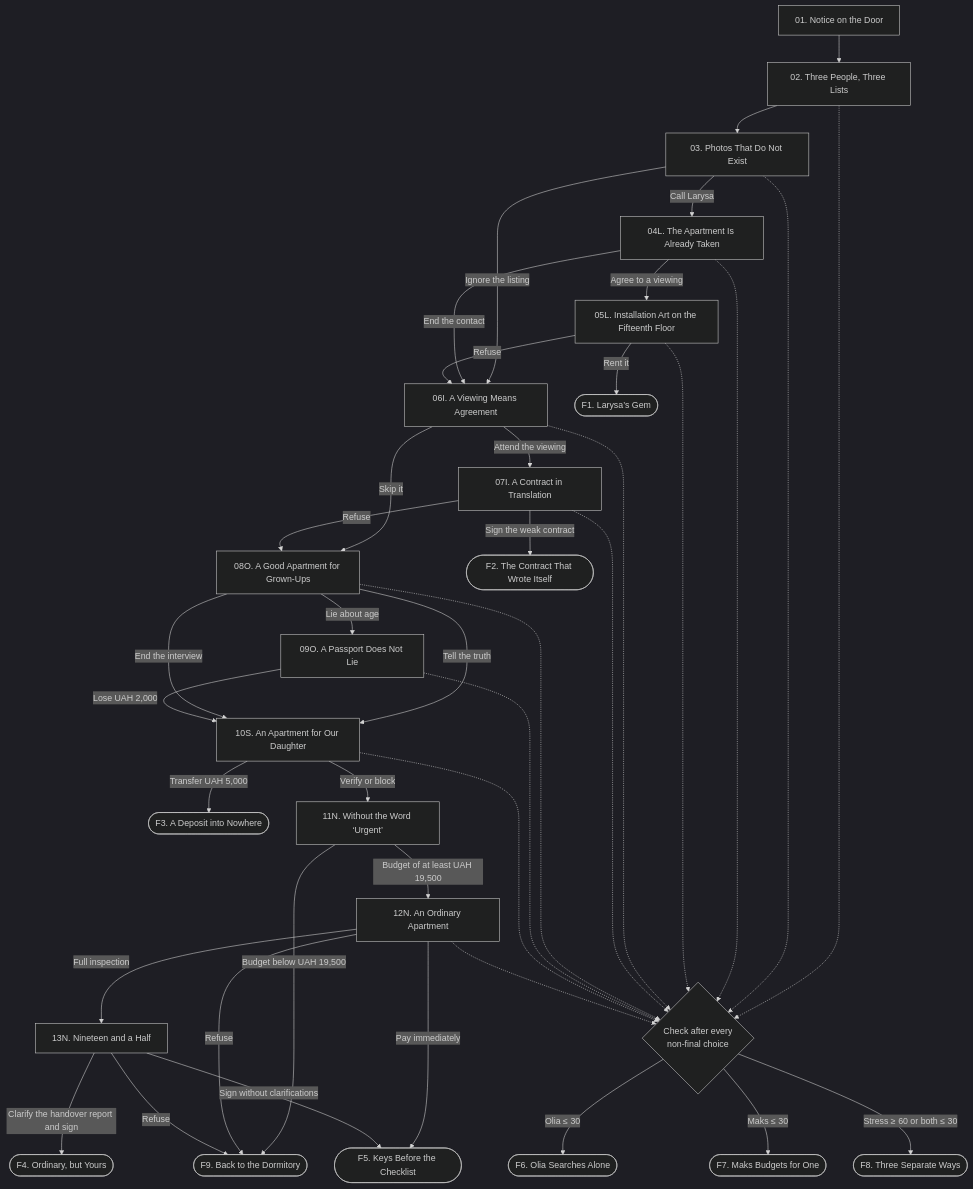
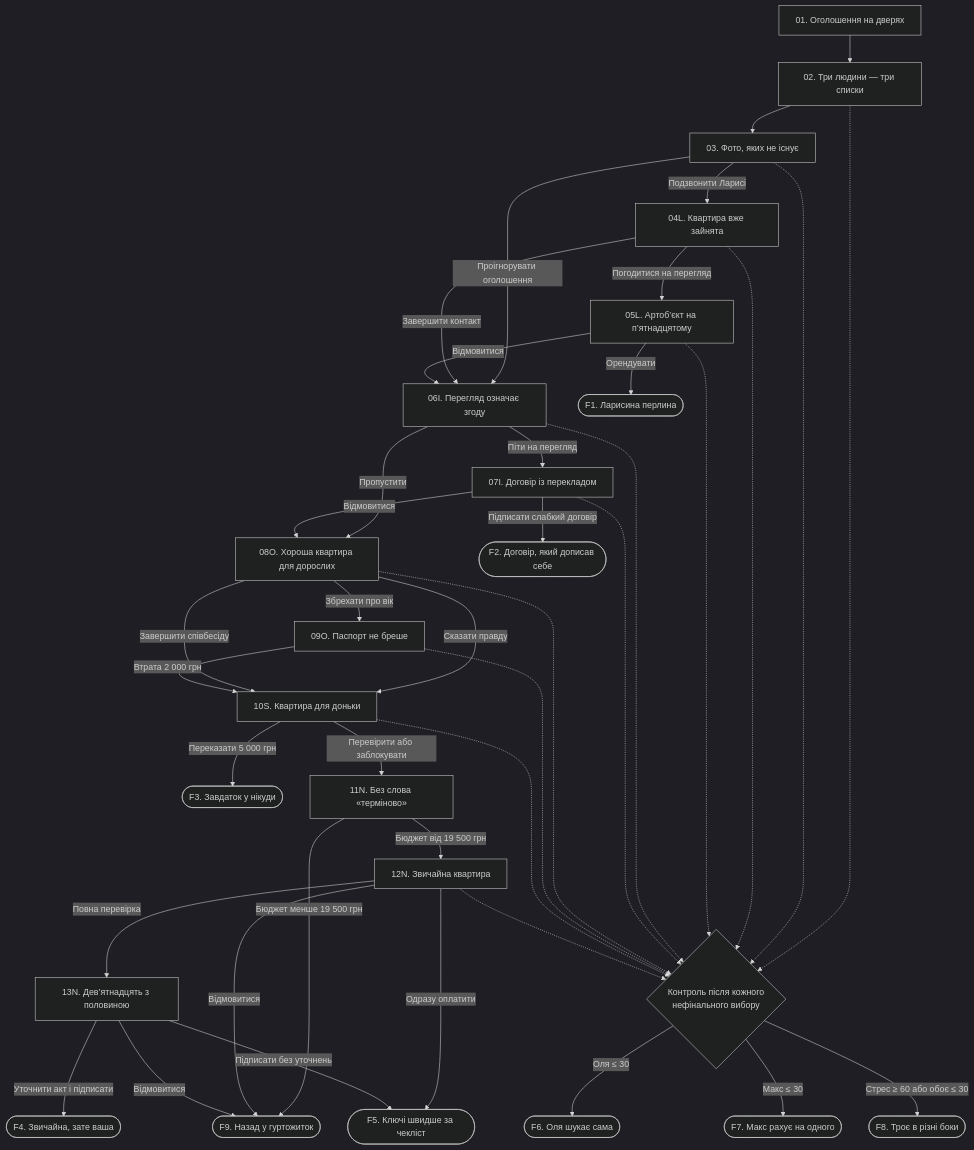
Before and after one commit to diantsi/Kyiv-Rental-Story: the diagram in Script.md, drawn with Mermaid (dark theme). The commit also changed other lines of this file and 3 other files, not shown here.

````diff
--- a/Script.md
+++ b/Script.md
@@ -164,53 +164,53 @@
 ```mermaid
 flowchart TD
-    S01["01. Notice on the Door"] --> S02["02. Three People, Three Lists"]
-    S02 --> S03["03. Photos That Do Not Exist"]
+    S01["01. Оголошення на дверях"] --> S02["02. Три людини — три списки"]
+    S02 --> S03["03. Фото, яких не існує"]
 
-    S03 -->|Call Larysa| S04L["04L. The Apartment Is Already Taken"]
-    S03 -->|Ignore the listing| S06I["06I. A Viewing Means Agreement"]
+    S03 -->|Подзвонити Ларисі| S04L["04L. Квартира вже зайнята"]
+    S03 -->|Проігнорувати оголошення| S06I["06I. Перегляд означає згоду"]
 
-    S04L -->|Agree to a viewing| S05L["05L. Installation Art on the Fifteenth Floor"]
-    S04L -->|End the contact| S06I
-    S05L -->|Rent it| F1(["F1. Larysa’s Gem"])
-    S05L -->|Refuse| S06I
+    S04L -->|Погодитися на перегляд| S05L["05L. Артоб’єкт на п’ятнадцятому"]
+    S04L -->|Завершити контакт| S06I
+    S05L -->|Орендувати| F1(["F1. Ларисина перлина"])
+    S05L -->|Відмовитися| S06I
 
-    S06I -->|Attend the viewing| S07I["07I. A Contract in Translation"]
-    S06I -->|Skip it| S08O["08O. A Good Apartment for Grown-Ups"]
-    S07I -->|Sign the weak contract| F2(["F2. The Contract That Wrote Itself"])
-    S07I -->|Refuse| S08O
+    S06I -->|Піти на перегляд| S07I["07I. Договір із перекладом"]
+    S06I -->|Пропустити| S08O["08O. Хороша квартира для дорослих"]
+    S07I -->|Підписати слабкий договір| F2(["F2. Договір, який дописав себе"])
+    S07I -->|Відмовитися| S08O
 
-    S08O -->|Tell the truth| S10S["10S. An Apartment for Our Daughter"]
-    S08O -->|End the interview| S10S
-    S08O -->|Lie about age| S09O["09O. A Passport Does Not Lie"]
-    S09O -->|Lose UAH 2,000| S10S
+    S08O -->|Сказати правду| S10S["10S. Квартира для доньки"]
+    S08O -->|Завершити співбесіду| S10S
+    S08O -->|Збрехати про вік| S09O["09O. Паспорт не бреше"]
+    S09O -->|Втрата 2 000 грн| S10S
 
-    S10S -->|Transfer UAH 5,000| F3(["F3. A Deposit into Nowhere"])
-    S10S -->|Verify or block| S11N["11N. Without the Word ‘Urgent’"]
+    S10S -->|Переказати 5 000 грн| F3(["F3. Завдаток у нікуди"])
+    S10S -->|Перевірити або заблокувати| S11N["11N. Без слова «терміново»"]
 
-    S11N -->|Budget below UAH 19,500| F9(["F9. Back to the Dormitory"])
-    S11N -->|Budget of at least UAH 19,500| S12N["12N. An Ordinary Apartment"]
+    S11N -->|Бюджет менше 19 500 грн| F9(["F9. Назад у гуртожиток"])
+    S11N -->|Бюджет від 19 500 грн| S12N["12N. Звичайна квартира"]
 
-    S12N -->|Full inspection| S13N["13N. Nineteen and a Half"]
-    S12N -->|Pay immediately| F5(["F5. Keys Before the Checklist"])
-    S12N -->|Refuse| F9
+    S12N -->|Повна перевірка| S13N["13N. Дев’ятнадцять з половиною"]
+    S12N -->|Одразу оплатити| F5(["F5. Ключі швидше за чекліст"])
+    S12N -->|Відмовитися| F9
 
-    S13N -->|Clarify the handover report and sign| F4(["F4. Ordinary, but Yours"])
-    S13N -->|Sign without clarifications| F5
-    S13N -->|Refuse| F9
+    S13N -->|Уточнити акт і підписати| F4(["F4. Звичайна, зате ваша"])
+    S13N -->|Підписати без уточнень| F5
+    S13N -->|Відмовитися| F9
 
-    CHECK{"Check after every<br/>non-final choice"}
-    CHECK -->|Olia ≤ 30| F6(["F6. Olia Searches Alone"])
-    CHECK -->|Maks ≤ 30| F7(["F7. Maks Budgets for One"])
-    CHECK -->|Stress ≥ 60 or both ≤ 30| F8(["F8. Three Separate Ways"])
+    CHECK{"Контроль після кожного\nнефінального вибору"}
+    CHECK -->|Оля ≤ 30| F6(["F6. Оля шукає сама"])
+    CHECK -->|Макс ≤ 30| F7(["F7. Макс рахує на одного"])
+    CHECK -->|Стрес ≥ 60 або обоє ≤ 30| F8(["F8. Троє в різні боки"])
 
     S02 -.-> CHECK
     S03 -.-> CHECK
     S04L -.-> CHECK
     S05L -.-> CHECK
     S06I -.-> CHECK
     S07I -.-> CHECK
     S08O -.-> CHECK
     S09O -.-> CHECK
     S10S -.-> CHECK
     S12N -.-> CHECK
 ```
````
